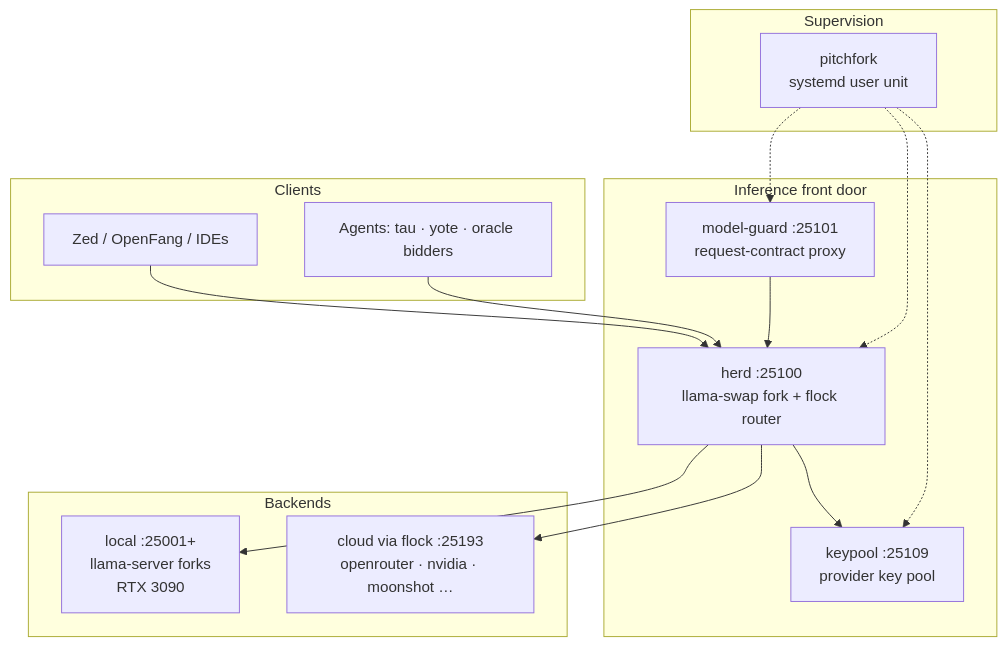
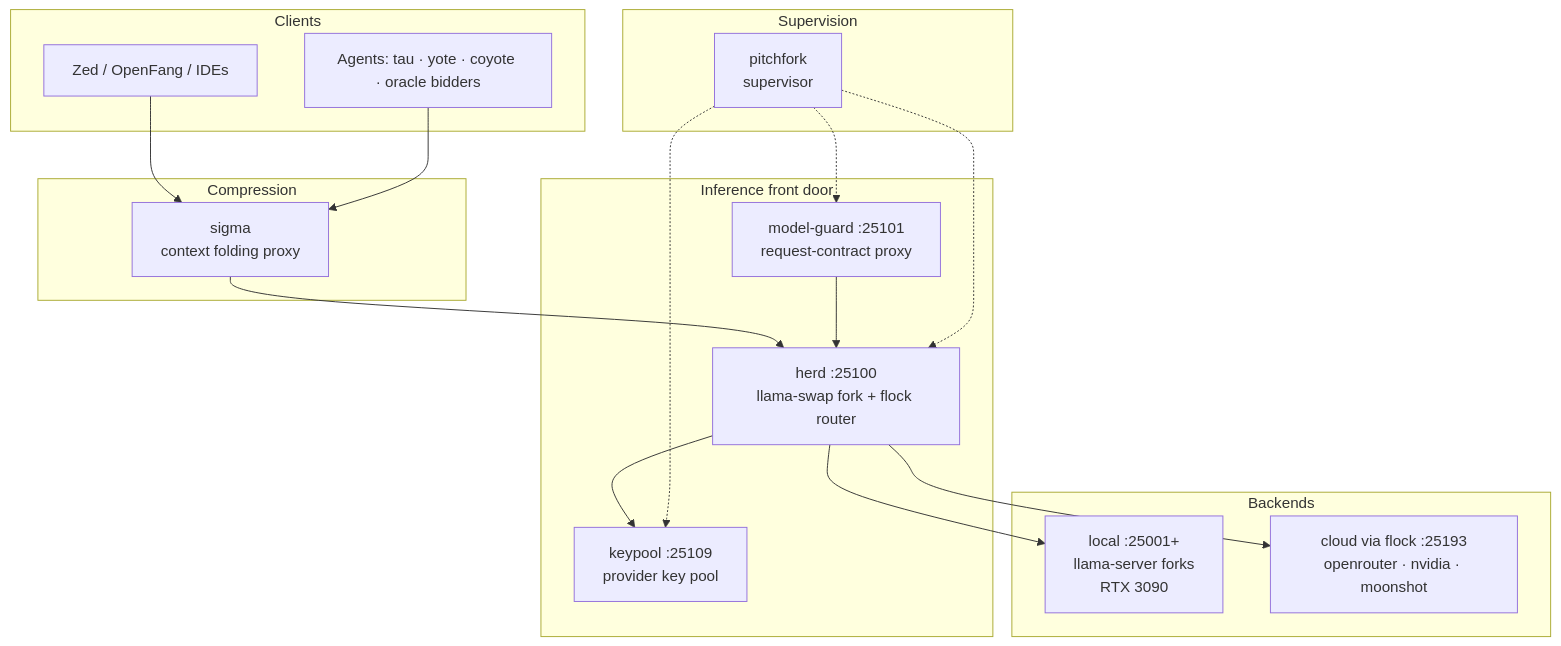
Before and after one commit to toxicwind/estate: the third of 4 diagrams in README.md, drawn with Mermaid. The commit also changed other lines of this file and 1 other file, not shown here.

````diff
--- a/README.md
+++ b/README.md
@@ -72,28 +154,32 @@
 ```mermaid
 flowchart TB
     subgraph clients["Clients"]
         ZED[Zed / OpenFang / IDEs]
-        AG[Agents: tau · yote · oracle bidders]
+        AG[Agents: tau · yote · coyote · oracle bidders]
+    end
+    subgraph ctx["Compression"]
+        SIG[sigma<br/>context folding proxy]
     end
     subgraph frontdoor["Inference front door"]
         HERD[herd :25100<br/>llama-swap fork + flock router]
         MG[model-guard :25101<br/>request-contract proxy]
         KP[keypool :25109<br/>provider key pool]
     end
     subgraph backends["Backends"]
         LOCAL[local :25001+<br/>llama-server forks<br/>RTX 3090]
-        CLOUD[cloud via flock :25193<br/>openrouter · nvidia · moonshot …]
+        CLOUD[cloud via flock :25193<br/>openrouter · nvidia · moonshot]
     end
-    ZED --> HERD
-    AG --> HERD
+    ZED --> SIG
+    AG --> SIG
+    SIG --> HERD
     MG --> HERD
     HERD --> KP
     HERD --> LOCAL
     HERD --> CLOUD
     subgraph supervise["Supervision"]
-        PF2[pitchfork<br/>systemd user unit]
+        PF2[pitchfork<br/>supervisor]
     end
     PF2 -.-> HERD
     PF2 -.-> MG
     PF2 -.-> KP
 ```
````
